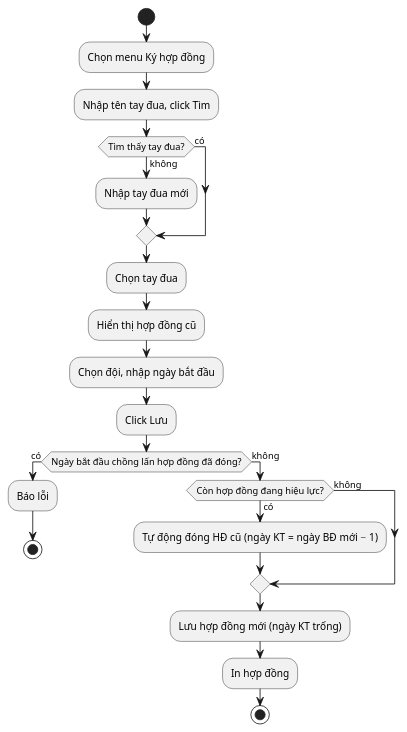
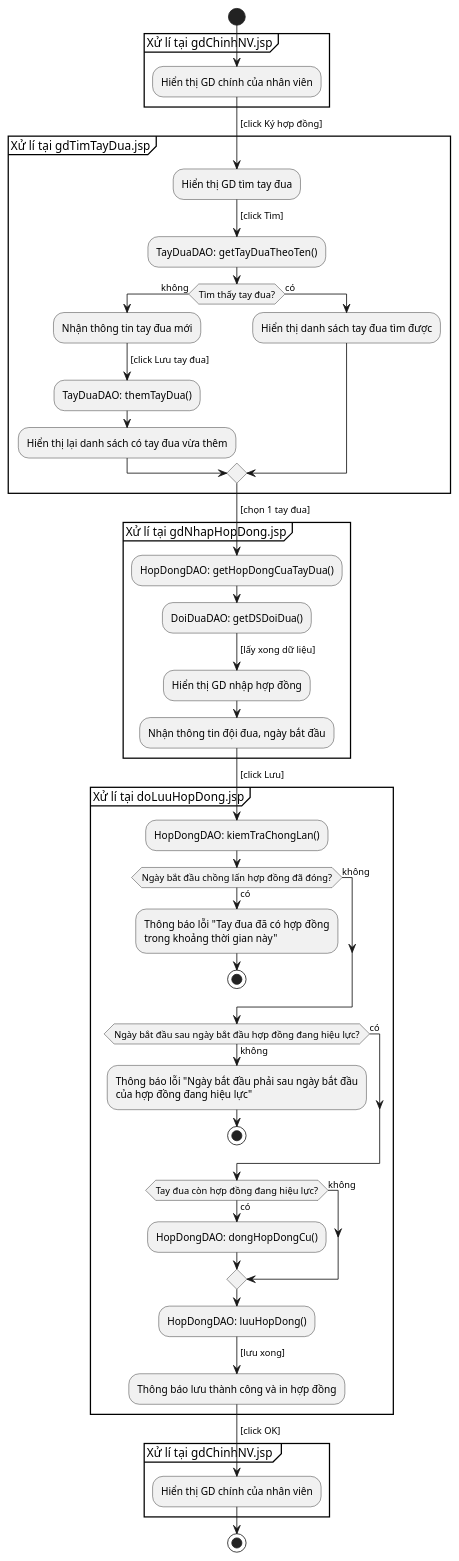
The fifth of 6 diagrams in Module 1 - Quan/noi-dung.md (7gho/CNPM-He2026), drawn with PlantUML before and after one commit. The commit also changed other lines of this file and 53 other files, not shown here.

````diff
--- a/Module 1 - Quan/noi-dung.md
+++ b/Module 1 - Quan/noi-dung.md
@@ -61,27 +362,58 @@
 ```plantuml
 @startuml
 start
-:Chọn menu Ký hợp đồng;
-:Nhập tên tay đua, click Tìm;
-if (Tìm thấy tay đua?) then (không)
-  :Nhập tay đua mới;
-else (có)
-endif
-:Chọn tay đua;
-:Hiển thị hợp đồng cũ;
-:Chọn đội, nhập ngày bắt đầu;
-:Click Lưu;
-if (Ngày bắt đầu chồng lấn hợp đồng đã đóng?) then (có)
-  :Báo lỗi;
-  stop
-else (không)
-  if (Còn hợp đồng đang hiệu lực?) then (có)
-    :Tự động đóng HĐ cũ (ngày KT = ngày BĐ mới − 1);
+partition "Xử lí tại gdChinhNV.jsp" {
+  :Hiển thị GD chính của nhân viên;
+}
+-> [click Ký hợp đồng];
+partition "Xử lí tại gdTimTayDua.jsp" {
+  :Hiển thị GD tìm tay đua;
+  -> [click Tìm];
+  :TayDuaDAO: getTayDuaTheoTen();
+  if (Tìm thấy tay đua?) then (không)
+    :Nhận thông tin tay đua mới;
+    -> [click Lưu tay đua];
+    :TayDuaDAO: themTayDua();
+    :Hiển thị lại danh sách có tay đua vừa thêm;
+  else (có)
+    :Hiển thị danh sách tay đua tìm được;
+  endif
+}
+-> [chọn 1 tay đua];
+partition "Xử lí tại gdNhapHopDong.jsp" {
+  :HopDongDAO: getHopDongCuaTayDua();
+  :DoiDuaDAO: getDSDoiDua();
+  -> [lấy xong dữ liệu];
+  :Hiển thị GD nhập hợp đồng;
+  :Nhận thông tin đội đua, ngày bắt đầu;
+}
+-> [click Lưu];
+partition "Xử lí tại doLuuHopDong.jsp" {
+  :HopDongDAO: kiemTraChongLan();
+  if (Ngày bắt đầu chồng lấn hợp đồng đã đóng?) then (có)
+    :Thông báo lỗi "Tay đua đã có hợp đồng
+trong khoảng thời gian này";
+    stop
   else (không)
   endif
-  :Lưu hợp đồng mới (ngày KT trống);
-  :In hợp đồng;
-  stop
-endif
+  if (Ngày bắt đầu sau ngày bắt đầu hợp đồng đang hiệu lực?) then (không)
+    :Thông báo lỗi "Ngày bắt đầu phải sau ngày bắt đầu
+của hợp đồng đang hiệu lực";
+    stop
+  else (có)
+  endif
+  if (Tay đua còn hợp đồng đang hiệu lực?) then (có)
+    :HopDongDAO: dongHopDongCu();
+  else (không)
+  endif
+  :HopDongDAO: luuHopDong();
+  -> [lưu xong];
+  :Thông báo lưu thành công và in hợp đồng;
+}
+-> [click OK];
+partition "Xử lí tại gdChinhNV.jsp " {
+  :Hiển thị GD chính của nhân viên;
+}
+stop
 @enduml
 ```
````
